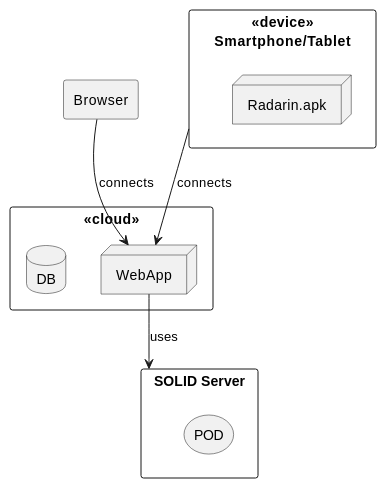
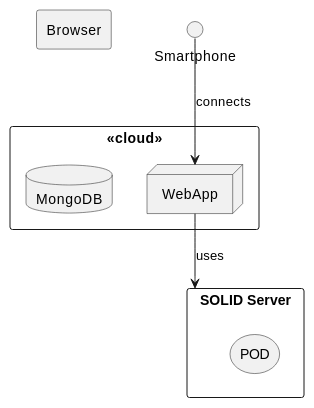
Before and after one commit to Arquisoft/radarin_en2b: the diagram in webapp/docs/07_deployment_view.adoc, drawn with PlantUML. The commit also changed other lines of this file and 16 other files, not shown here.

```diff
--- a/webapp/docs/07_deployment_view.adoc
+++ b/webapp/docs/07_deployment_view.adoc
@@ -39,20 +39,16 @@
 [plantuml, diagram-deployment, svg]
 ....
 @startuml
-rectangle "<<device>>\nSmartphone/Tablet" as Smartphone {
-node "Radarin.apk" as apk
-  }
 rectangle "<<cloud>>" as Cloud {
 node WebApp
-database DB
+database MongoDB
   }
 rectangle "SOLID Server" as SOLID_Server {
 storage POD
   }
 rectangle Browser
 
-Browser --> WebApp : connects
 Smartphone --> WebApp : connects
 WebApp --> SOLID_Server : uses
 @enduml
 ....
```
